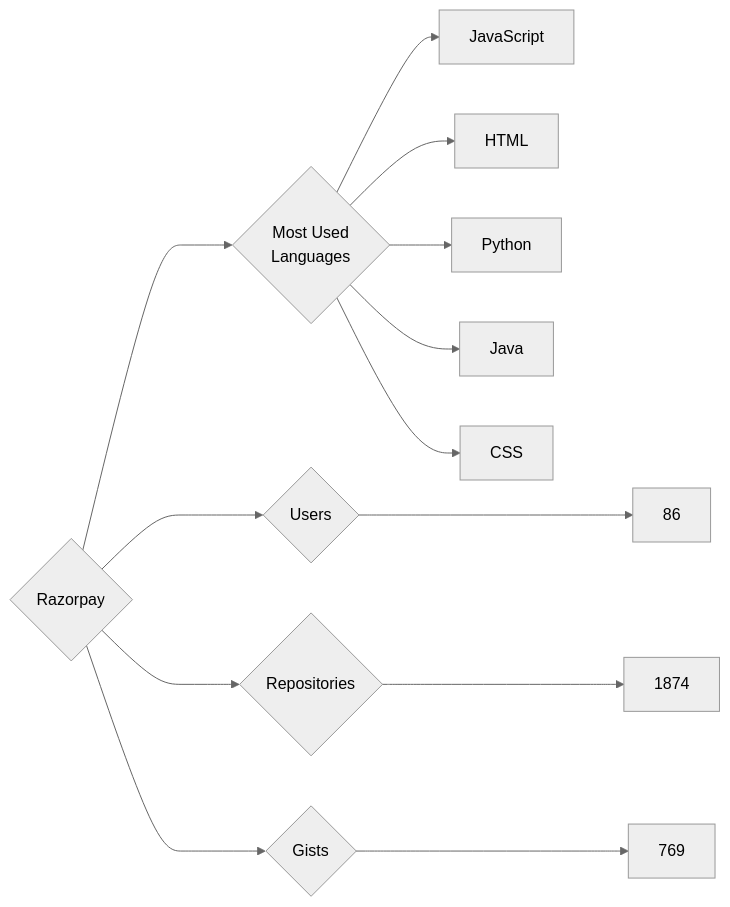
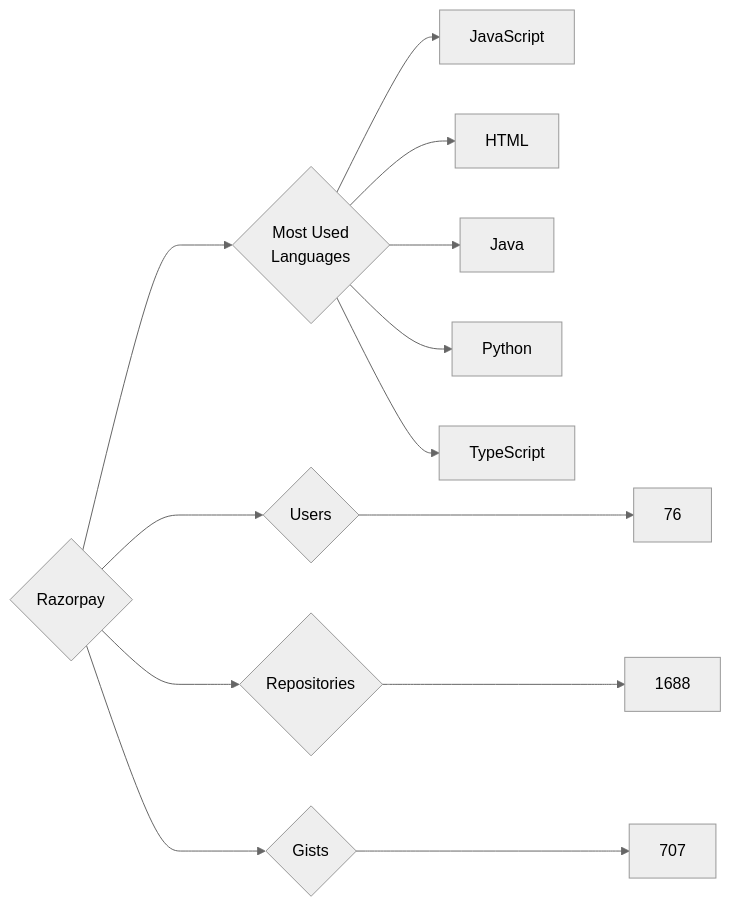
The diagram in targets/Razorpay/README.md (trickest/insiders), drawn with Mermaid (neutral theme) before and after one commit. The commit also changed 970 other files, not shown here.

````diff
--- a/targets/Razorpay/README.md
+++ b/targets/Razorpay/README.md
@@ -3,13 +3,13 @@
 ```mermaid
 graph LR
 COMPANY_NAME{Razorpay}
-COMPANY_NAME ---> U{Users} ---> UN[86]
-COMPANY_NAME ---> R{Repositories} ---> RN[1874]
-COMPANY_NAME ---> G{Gists} ---> GN[769]
+COMPANY_NAME ---> U{Users} ---> UN[76]
+COMPANY_NAME ---> R{Repositories} ---> RN[1688]
+COMPANY_NAME ---> G{Gists} ---> GN[707]
 COMPANY_NAME ---> ML{Most Used<br>Languages}
 ML --> JavaScript[JavaScript]
 ML --> HTML[HTML]
+ML --> Java[Java]
 ML --> Python[Python]
-ML --> Java[Java]
-ML --> CSS[CSS]
+ML --> TypeScript[TypeScript]
 ```
````
